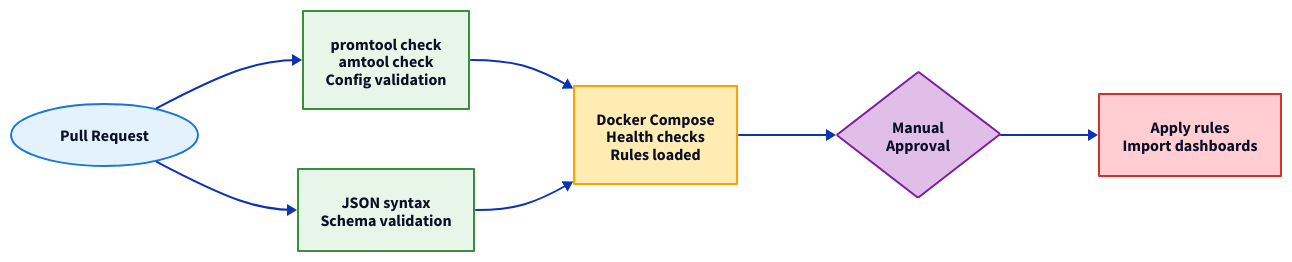
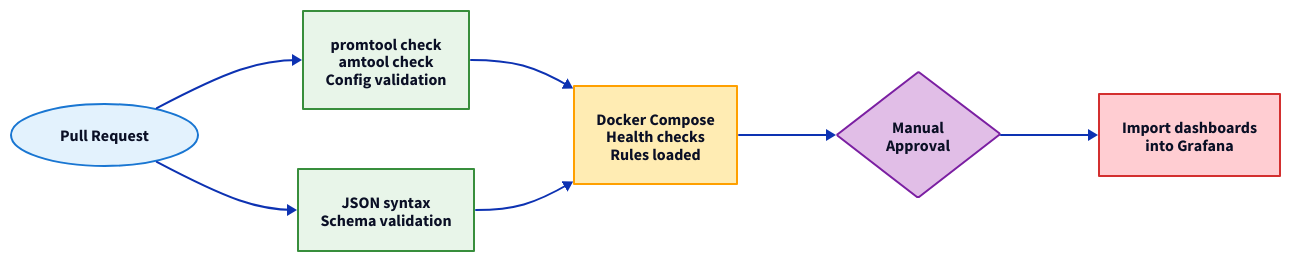
One commit to ayoinc/cloud-sandbox-backstage changed the second of 2 diagrams in templates/sre-monitoring/skeleton/docs/index.md. Above: the diagram before and after it, drawn with D2. The commit also changed other lines of this file and 102 other files, not shown here.

````diff
--- a/templates/sre-monitoring/skeleton/docs/index.md
+++ b/templates/sre-monitoring/skeleton/docs/index.md
@@ -238,46 +238,46 @@
 ```d2
 direction: right
 
 pr: Pull Request {
   shape: oval
   style.fill: "#E3F2FD"
   style.stroke: "#1976D2"
 }
 
 validate: Validate {
   style.fill: "#E8F5E9"
   style.stroke: "#388E3C"
   label: "promtool check\namtool check\nConfig validation"
 }
 
 lint: Lint Dashboards {
   style.fill: "#E8F5E9"
   style.stroke: "#388E3C"
   label: "JSON syntax\nSchema validation"
 }
 
 test: Test Stack {
   style.fill: "#FFECB3"
   style.stroke: "#FFA000"
   label: "Docker Compose\nHealth checks\nRules loaded"
 }
 
 review: Review {
   shape: diamond
   style.fill: "#E1BEE7"
   style.stroke: "#7B1FA2"
   label: "Manual\nApproval"
 }
 
 deploy: Deploy {
   style.fill: "#FFCDD2"
   style.stroke: "#D32F2F"
-  label: "Apply rules\nImport dashboards"
+  label: "Import dashboards\ninto Grafana"
 }
 
 pr -> validate
 pr -> lint
 validate -> test
 lint -> test
 test -> review -> deploy
 ```
````
